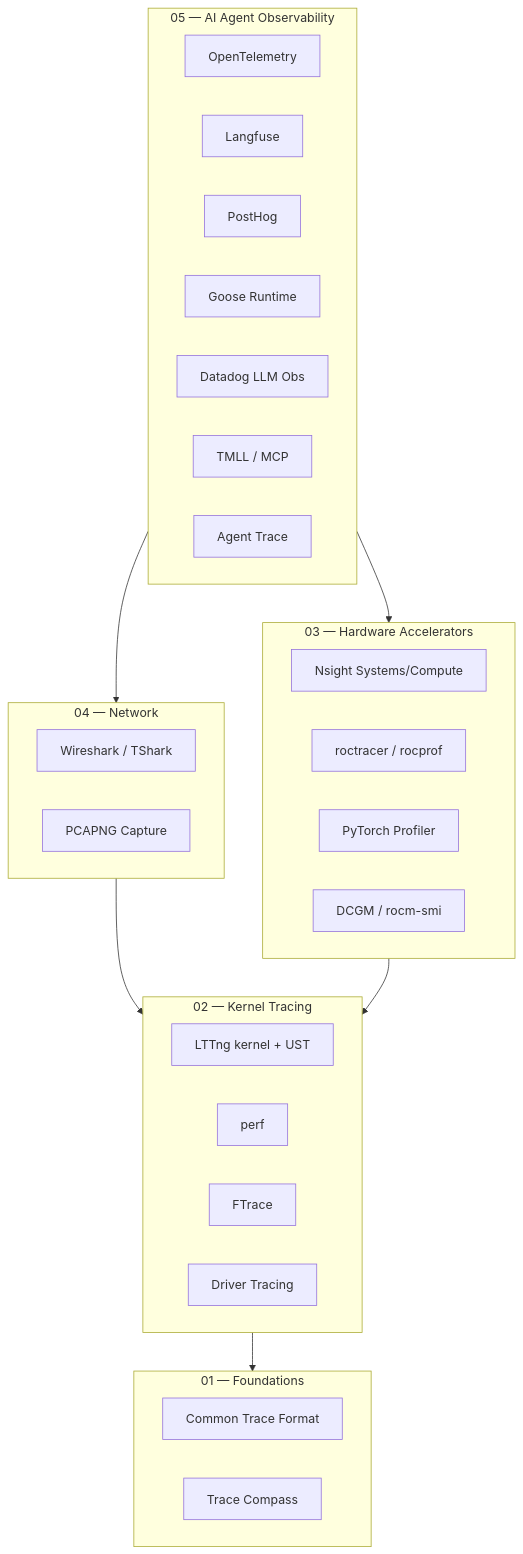
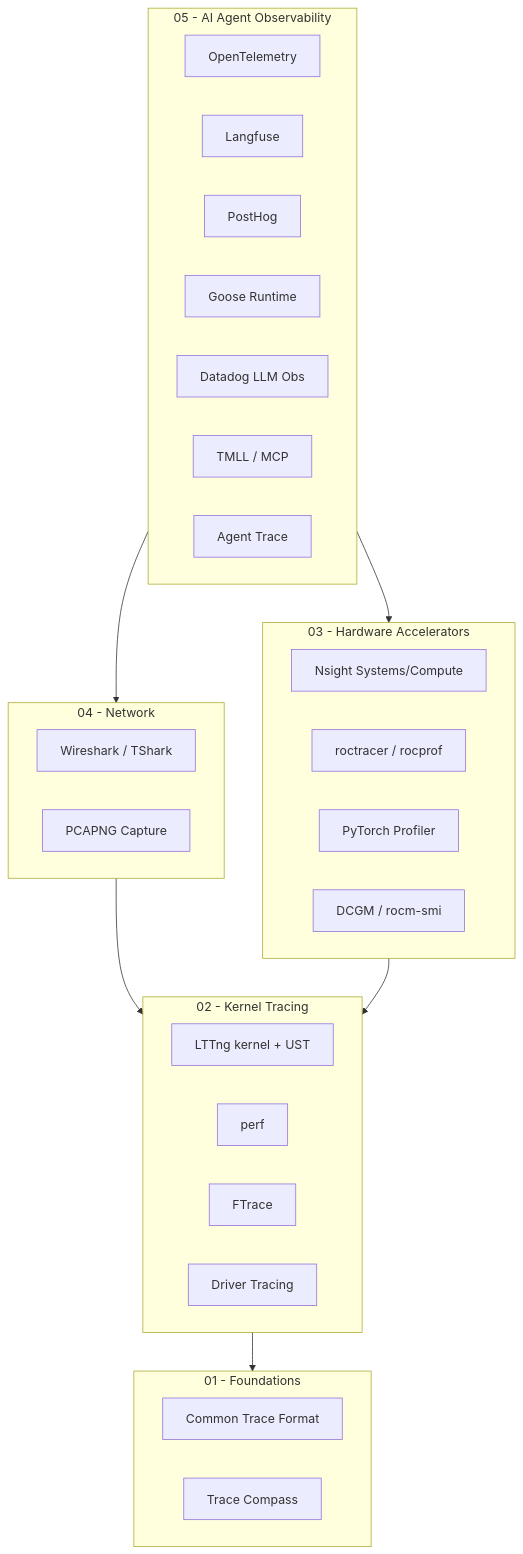
The first of 20 diagrams in best-practices.md (MatthewKhouzam/aaif-tracing-rundown), drawn with Mermaid before and after one commit. The commit also changed other lines of this file, not shown here.

````diff
--- a/best-practices.md
+++ b/best-practices.md
@@ -9,42 +9,42 @@
 ```mermaid
 graph TB
-    subgraph L5["05 — AI Agent Observability"]
+    subgraph L5["05 - AI Agent Observability"]
         OTEL[OpenTelemetry]
         LANG[Langfuse]
         POST[PostHog]
         GOOSE[Goose Runtime]
         DD[Datadog LLM Obs]
         TMLL[TMLL / MCP]
         AT[Agent Trace]
     end
 
-    subgraph L4["04 — Network"]
+    subgraph L4["04 - Network"]
         WIRE[Wireshark / TShark]
         PCAP[PCAPNG Capture]
     end
 
-    subgraph L3["03 — Hardware Accelerators"]
+    subgraph L3["03 - Hardware Accelerators"]
         NSIGHT[Nsight Systems/Compute]
         ROCPROF[roctracer / rocprof]
         PYTORCH[PyTorch Profiler]
         DCGM[DCGM / rocm-smi]
     end
 
-    subgraph L2["02 — Kernel Tracing"]
+    subgraph L2["02 - Kernel Tracing"]
         LTTNG[LTTng kernel + UST]
         PERF[perf]
         FTRACE[FTrace]
         DRIVER[Driver Tracing]
     end
 
-    subgraph L1["01 — Foundations"]
+    subgraph L1["01 - Foundations"]
         CTF[Common Trace Format]
         TC[Trace Compass]
     end
 
     L5 --> L4
     L5 --> L3
     L4 --> L2
     L3 --> L2
     L2 --> L1
 ```
````
